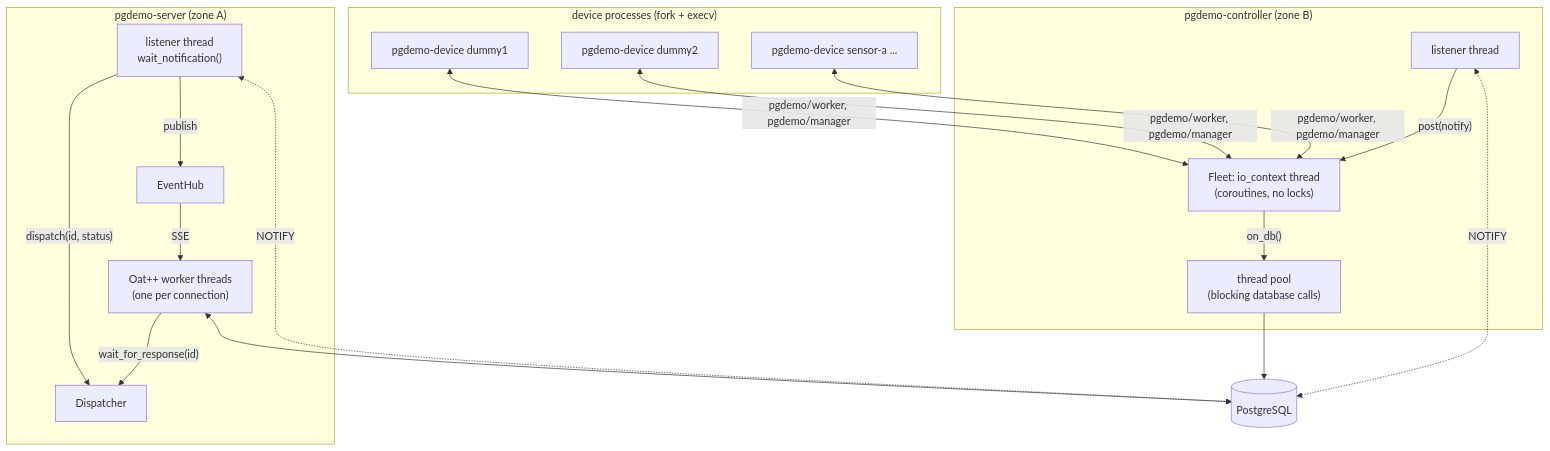
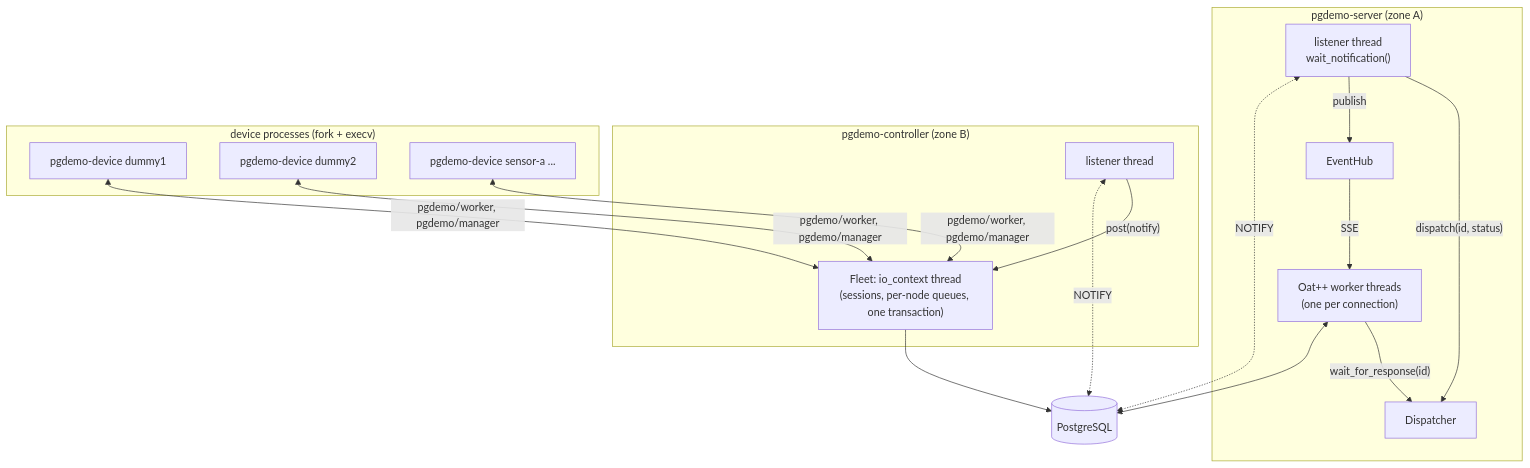
One commit to jgmatu/postgresql changed the first of 5 diagrams in docs/ARCHITECTURE.md. Above: the diagram before and after it, drawn with Mermaid. The commit also changed other lines of this file and 6 other files, not shown here.

First line of the commit message:
Drop the controller Asio pool and keep one sample queue per device node.

````diff
--- a/docs/ARCHITECTURE.md
+++ b/docs/ARCHITECTURE.md
@@ -33,33 +33,31 @@
 ```mermaid
 flowchart TB
     subgraph S["pgdemo-server (zone A)"]
         HTTP["Oat++ worker threads<br/>(one per connection)"]
         SL["listener thread<br/>wait_notification()"]
         D["Dispatcher"]
         H["EventHub"]
         HTTP -- "wait_for_response(id)" --> D
         SL -- "dispatch(id, status)" --> D
         SL -- "publish" --> H
         H -- "SSE" --> HTTP
     end
     subgraph C["pgdemo-controller (zone B)"]
         CL["listener thread"]
-        F["Fleet: io_context thread<br/>(coroutines, no locks)"]
-        DB["thread pool<br/>(blocking database calls)"]
+        F["Fleet: io_context thread<br/>(sessions, per-node queues, one transaction)"]
         CL -- "post(notify)" --> F
-        F -- "on_db()" --> DB
     end
     subgraph DEV["device processes (fork + execv)"]
         P1["pgdemo-device dummy1"]
         P2["pgdemo-device dummy2"]
         PN["pgdemo-device sensor-a ..."]
     end
     PG[("PostgreSQL")]
     HTTP <--> PG
     SL <-. "NOTIFY" .-> PG
     P1 <-- "pgdemo/worker, pgdemo/manager" --> F
     P2 <-- "pgdemo/worker, pgdemo/manager" --> F
     PN <-- "pgdemo/worker, pgdemo/manager" --> F
-    DB --> PG
+    F --> PG
     CL <-. "NOTIFY" .-> PG
 ```
````
